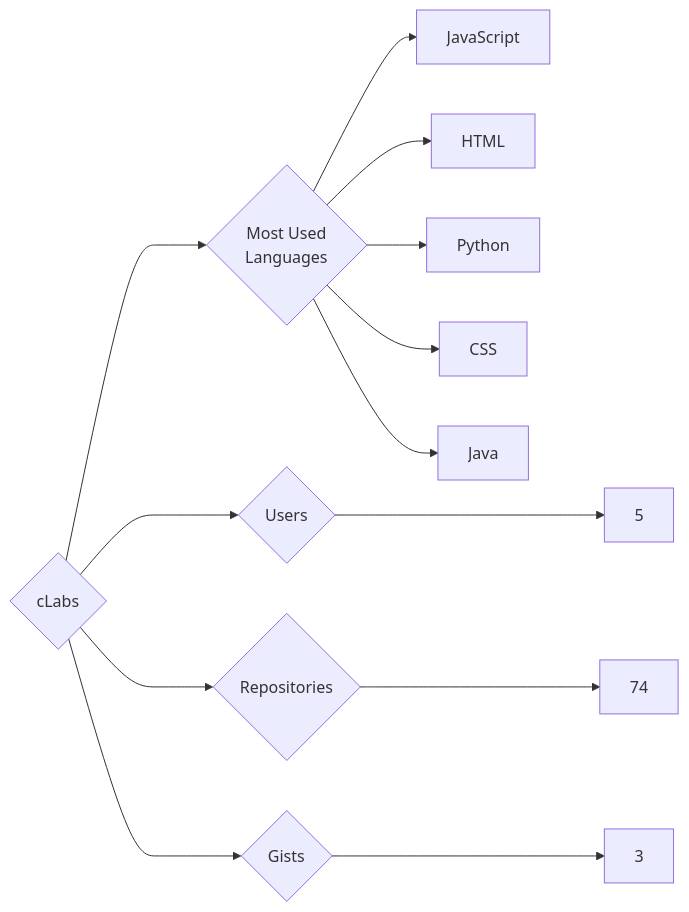
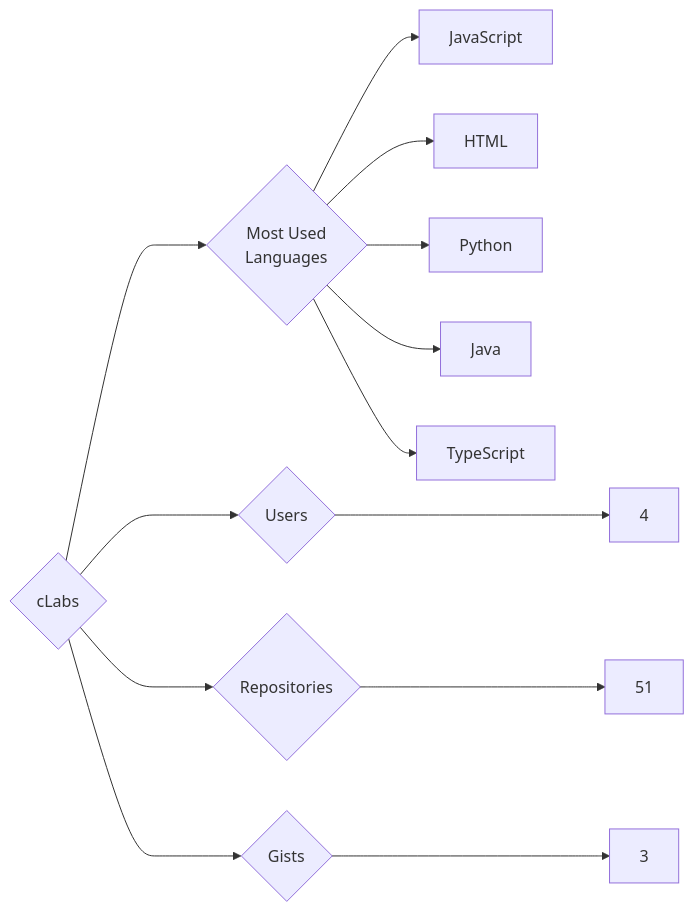
The diagram in targets/cLabs/README.md (trickest/insiders), drawn with Mermaid before and after one commit. The commit also changed 934 other files, not shown here.

````diff
--- a/targets/cLabs/README.md
+++ b/targets/cLabs/README.md
@@ -3,13 +3,13 @@
 ```mermaid
 graph LR
 COMPANY_NAME{cLabs}
-COMPANY_NAME ---> U{Users} ---> UN[5]
-COMPANY_NAME ---> R{Repositories} ---> RN[74]
+COMPANY_NAME ---> U{Users} ---> UN[4]
+COMPANY_NAME ---> R{Repositories} ---> RN[51]
 COMPANY_NAME ---> G{Gists} ---> GN[3]
 COMPANY_NAME ---> ML{Most Used<br>Languages}
 ML --> JavaScript[JavaScript]
 ML --> HTML[HTML]
 ML --> Python[Python]
-ML --> CSS[CSS]
 ML --> Java[Java]
+ML --> TypeScript[TypeScript]
 ```
````
